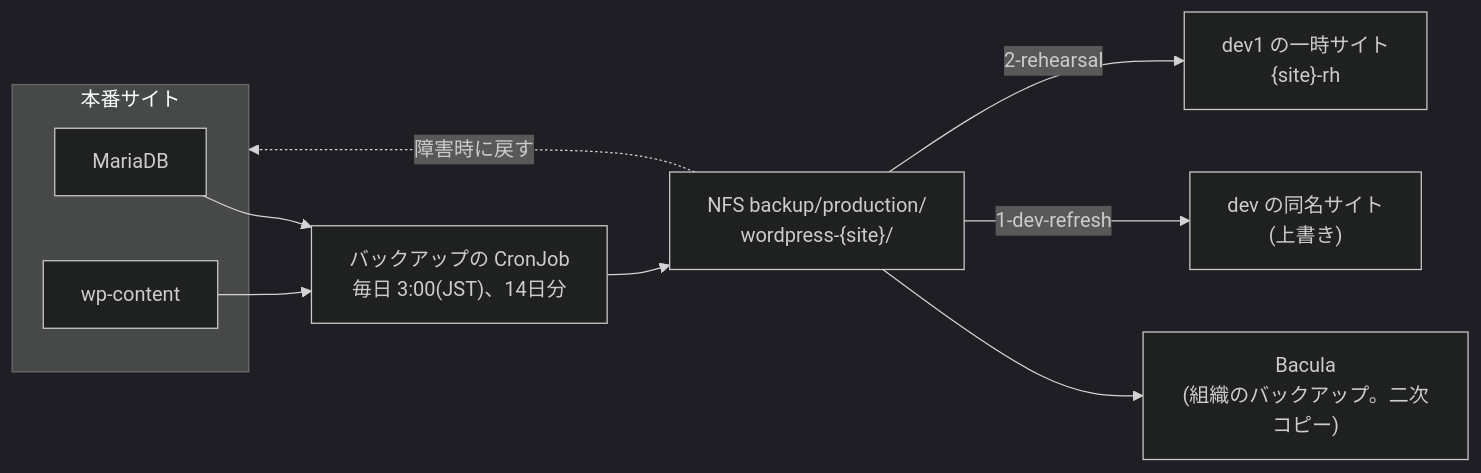
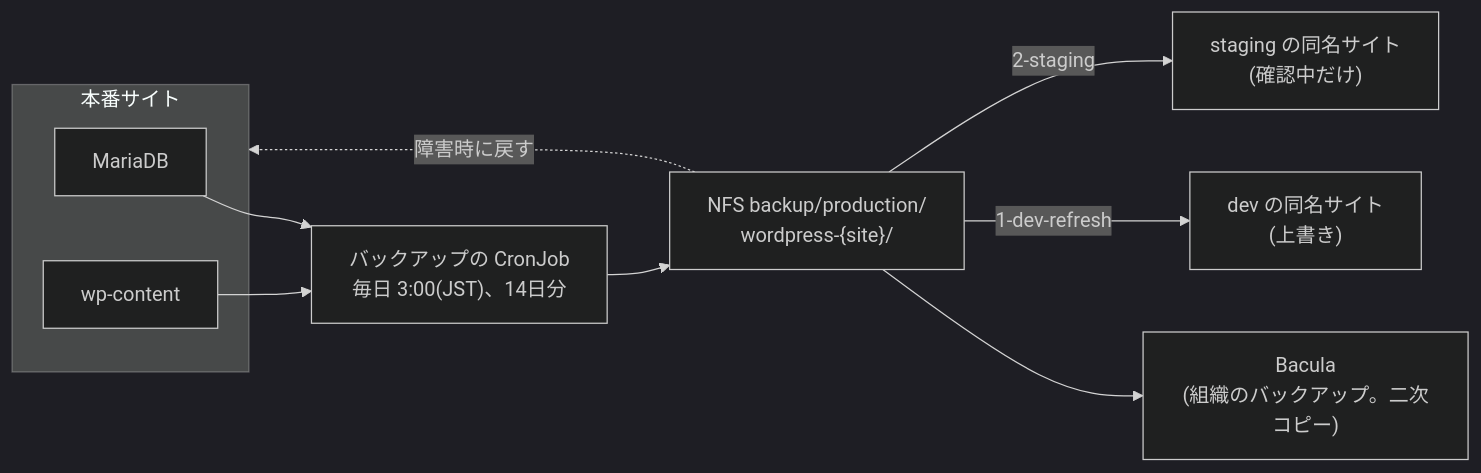
The sixth of 10 diagrams in docs/architecture.md (silver198545/ibid-fleet-config), drawn with Mermaid (dark theme) before and after one commit. The commit also changed other lines of this file and 24 other files, not shown here.

````diff
--- a/docs/architecture.md
+++ b/docs/architecture.md
@@ -176,15 +193,15 @@
 ```mermaid
 flowchart LR
   subgraph PRODS["本番サイト"]
     PDB["MariaDB"]
     PWC["wp-content"]
   end
   CJ["バックアップの CronJob<br>毎日 3:00(JST)、14日分"]
   PDB --> CJ
   PWC --> CJ
   CJ --> BK["NFS backup/production/<br>wordpress-{site}/"]
   BK --> BAC["Bacula<br>(組織のバックアップ。二次コピー)"]
   BK -->|"1-dev-refresh"| DEVS["dev の同名サイト<br>(上書き)"]
-  BK -->|"2-rehearsal"| RH["dev1 の一時サイト<br>{site}-rh"]
+  BK -->|"2-staging"| RH["staging の同名サイト<br>(確認中だけ)"]
   BK -.->|"障害時に戻す"| PRODS
 ```
````
